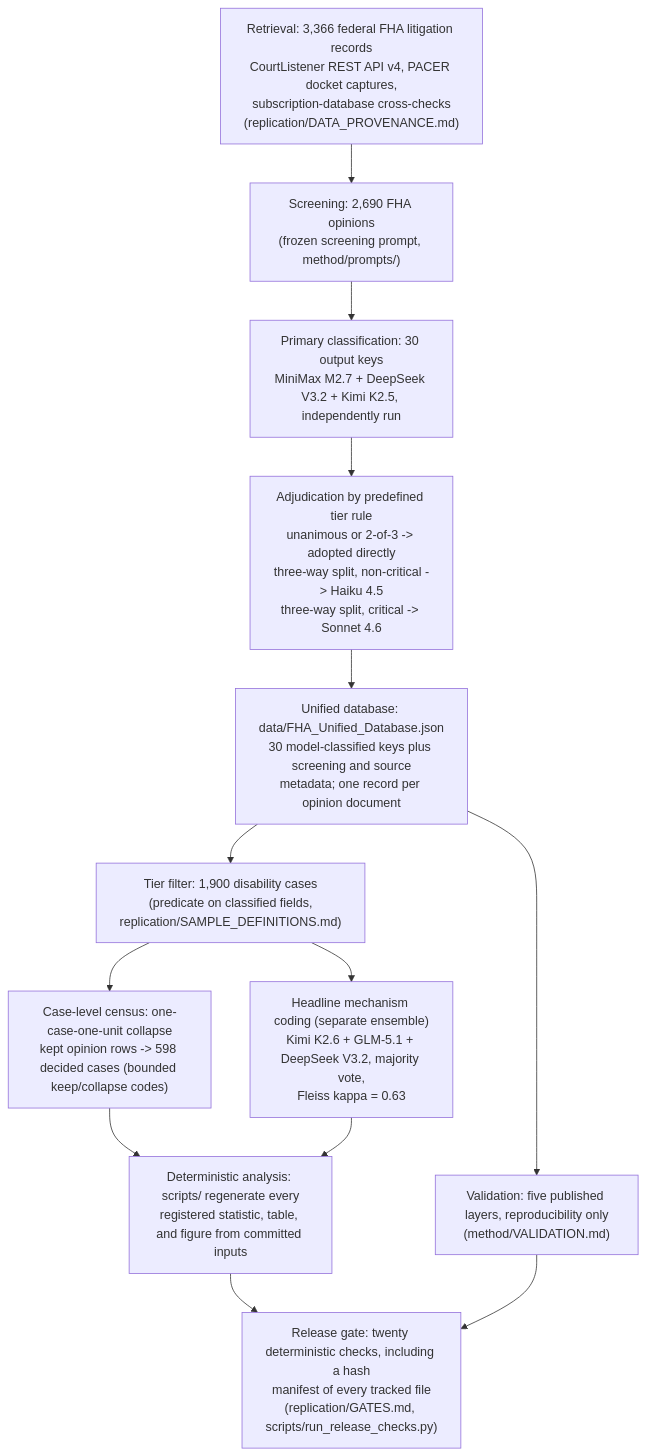
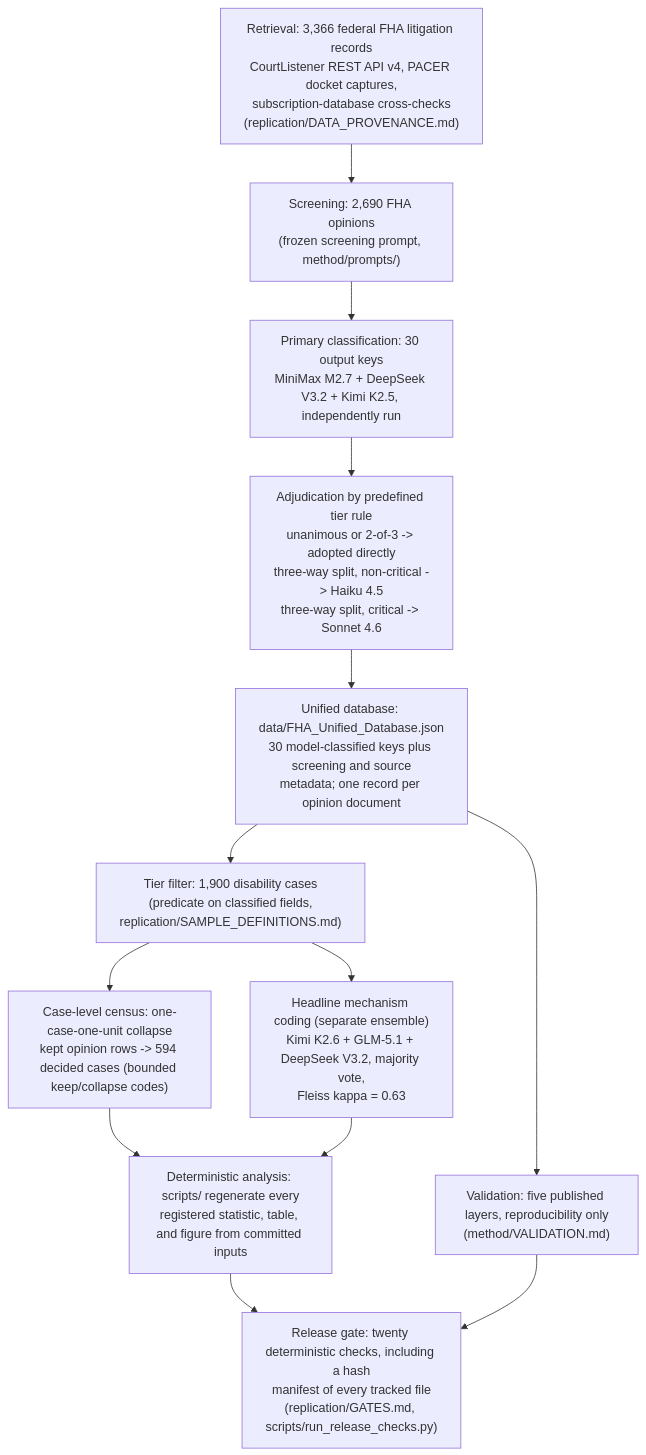
One commit to NickGillArizona/Duty-Without-Data changed the diagram in method/SYSTEM_MAP.md. Above: the diagram before and after it, drawn with Mermaid. The commit also changed other lines of this file and 31 other files, not shown here.

````diff
--- a/method/SYSTEM_MAP.md
+++ b/method/SYSTEM_MAP.md
@@ -10,23 +10,23 @@
 ```mermaid
 flowchart TD
     A["Retrieval: 3,366 federal FHA litigation records<br/>CourtListener REST API v4, PACER docket captures,<br/>subscription-database cross-checks<br/>(replication/DATA_PROVENANCE.md)"]
     B["Screening: 2,690 FHA opinions<br/>(frozen screening prompt, method/prompts/)"]
     C["Primary classification: 30 output keys<br/>MiniMax M2.7 + DeepSeek V3.2 + Kimi K2.5, independently run"]
     D["Adjudication by predefined tier rule<br/>unanimous or 2-of-3 -> adopted directly<br/>three-way split, non-critical -> Haiku 4.5<br/>three-way split, critical -> Sonnet 4.6"]
     E["Unified database: data/FHA_Unified_Database.json<br/>30 model-classified keys plus screening and source<br/>metadata; one record per opinion document"]
     T2["Tier filter: 1,900 disability cases<br/>(predicate on classified fields,<br/>replication/SAMPLE_DEFINITIONS.md)"]
     F["Headline mechanism coding (separate ensemble)<br/>Kimi K2.6 + GLM-5.1 + DeepSeek V3.2, majority vote,<br/>Fleiss kappa = 0.63"]
-    G["Case-level census: one-case-one-unit collapse<br/>kept opinion rows -> 598 decided cases (bounded keep/collapse codes)"]
+    G["Case-level census: one-case-one-unit collapse<br/>kept opinion rows -> 594 decided cases (bounded keep/collapse codes)"]
     H["Deterministic analysis: scripts/ regenerate every<br/>registered statistic, table, and figure from committed inputs"]
     I["Validation: five published layers, reproducibility only<br/>(method/VALIDATION.md)"]
     J["Release gate: twenty deterministic checks, including a hash<br/>manifest of every tracked file<br/>(replication/GATES.md, scripts/run_release_checks.py)"]
     A --> B --> C --> D --> E
     E --> T2
     T2 --> F
     T2 --> G
     G --> H
     F --> H
     E --> I
     H --> J
     I --> J
 ```
````
